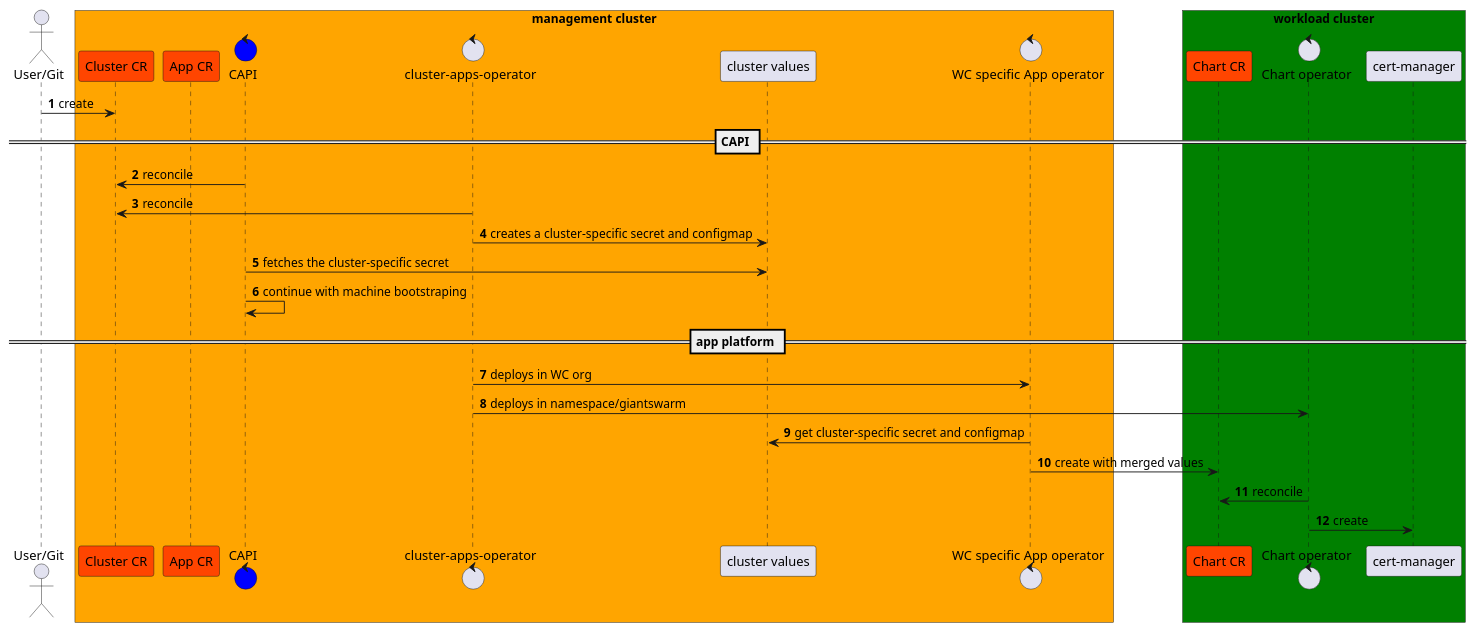
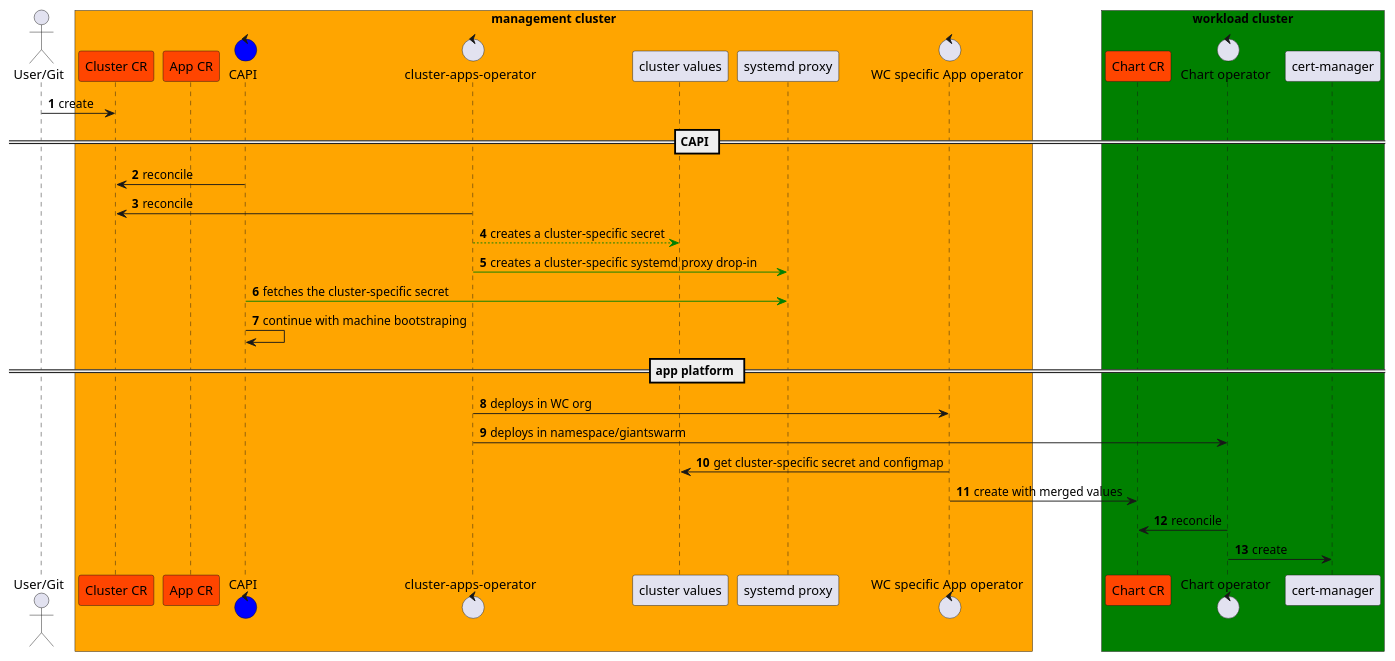
One commit to giantswarm/rfc changed the diagram in proxy-support/data/workload_cluster_creation.puml. Above: the diagram before and after it, drawn with PlantUML. The commit also changed 2 other files, not shown here.

Commit message:
implement findings and update graph

```diff
--- a/proxy-support/data/workload_cluster_creation.puml
+++ b/proxy-support/data/workload_cluster_creation.puml
@@ -1,44 +1,45 @@
 @startuml
 autonumber
 
 actor "User/Git" as User 
 
 box "management cluster" #orange
 participant "Cluster CR" as clusterCR #OrangeRed
 participant "App CR" as appCR #OrangeRed
 control "CAPI" as CAPI #blue
 control "cluster-apps-operator" as clusterAppsOperator
 participant "cluster values" as clusterValues
+participant "systemd proxy" as systemdProxy
 control "WC specific App operator" as appOperator
 /'control "Chart operator" as chartOperator #orange'/
 end box
 
 box "workload cluster" #green
 participant "Chart CR" as chartCR #OrangeRed
 control "Chart operator" as chartOperatorWC
 participant "cert-manager" as certManager
 end box
 
-
 User -> clusterCR: create
 
 == CAPI ==
 
 CAPI -> clusterCR: reconcile
 clusterAppsOperator -> clusterCR: reconcile
-clusterAppsOperator -> clusterValues: creates a cluster-specific secret and configmap
-CAPI -> clusterValues: fetches the cluster-specific secret
+clusterAppsOperator --[#green]> clusterValues: creates a cluster-specific secret
+clusterAppsOperator -[#green]> systemdProxy: creates a cluster-specific systemd proxy drop-in
+CAPI -[#green]> systemdProxy: fetches the cluster-specific secret
 CAPI -> CAPI: continue with machine bootstraping
 
 == app platform ==
 
 clusterAppsOperator -> appOperator: deploys in WC org
 clusterAppsOperator -> chartOperatorWC: deploys in namespace/giantswarm
 
 appOperator -> clusterValues: get cluster-specific secret and configmap
 appOperator -> chartCR: create with merged values
 
 chartOperatorWC -> chartCR: reconcile
 chartOperatorWC -> certManager: create
 
 @enduml
```
